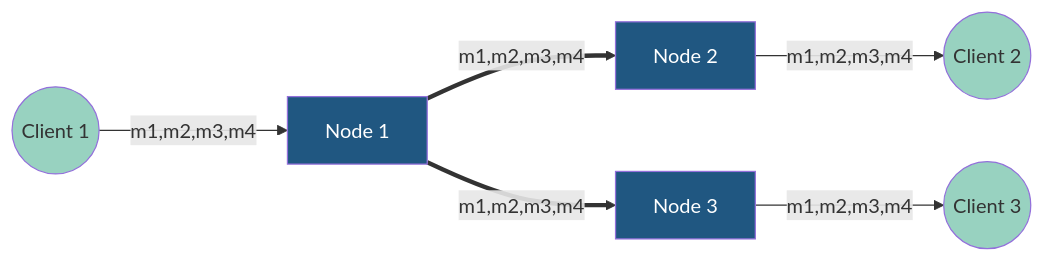
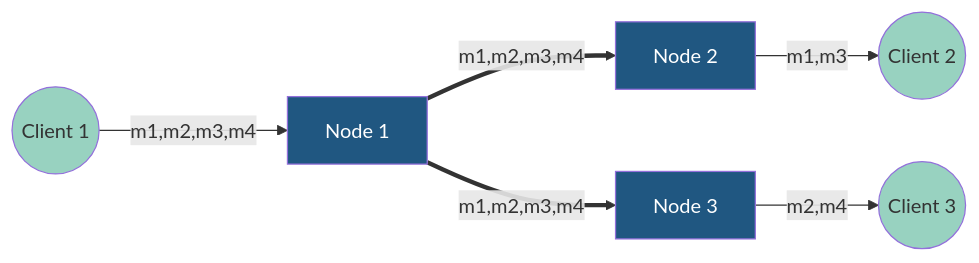
The third of 3 diagrams in README.md (niklas-enns/message-broker), drawn with Mermaid before and after one commit.

Commit message:
reformat table

````diff
--- a/README.md
+++ b/README.md
@@ -110,16 +110,16 @@
 ```mermaid
 graph LR;
     N1[Node 1]==>|m1,m2,m3,m4|N2[Node 2]
     N1==>|m1,m2,m3,m4|N3[Node 3]
     
     C1((Client 1))-->|m1,m2,m3,m4|N1;
-    N2-->|m1,m2,m3,m4|C2((Client 2));
-    N3-->|m1,m2,m3,m4|C3((Client 3));
+    N2-->|m1,m3|C2((Client 2));
+    N3-->|m2,m4|C3((Client 3));
     
     classDef c1 fill:#205781,color:white;
     classDef c2 fill:#4F959D,color:white;
     classDef c3 fill:#98D2C0;
     classDef c4 fill:#F6F8D5;
     class N1,N2,N3 c1
     class C1,C2,C3,C4 c3
 ```
````
